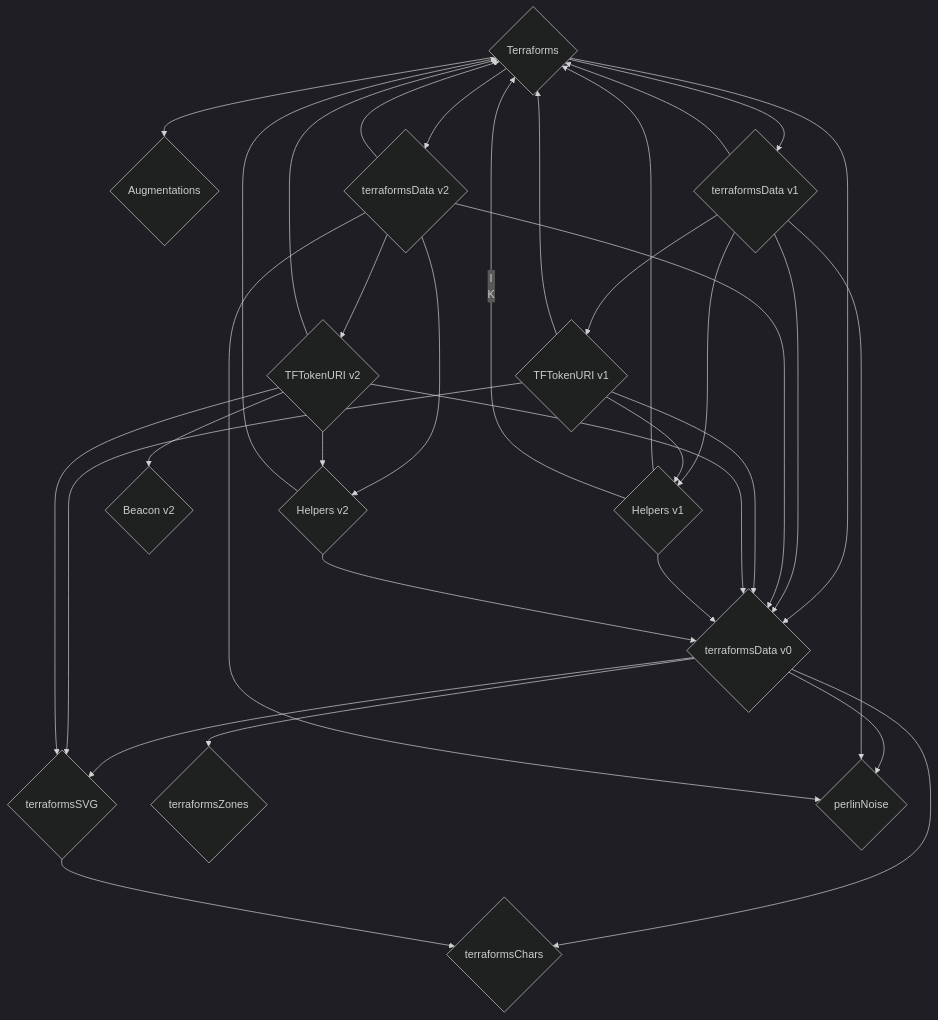
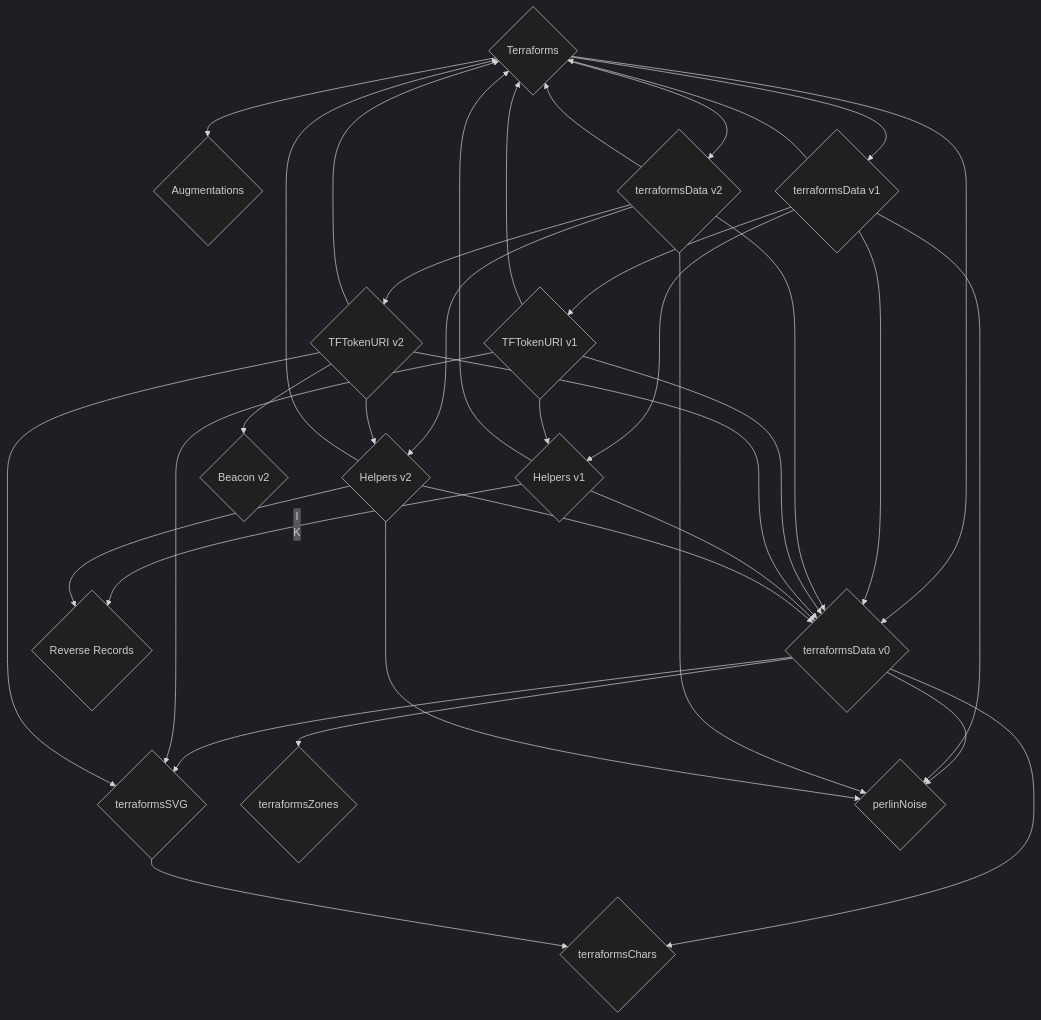
One commit to thebadcc/terraform-docs changed the first of 2 diagrams in contracts/Terraforms.md. Above: the diagram before and after it, drawn with Mermaid (dark theme).

````diff
--- a/contracts/Terraforms.md
+++ b/contracts/Terraforms.md
@@ -20,37 +20,39 @@
 ```mermaid
 graph TD
     A{Terraforms} --> B{Augmentations}
     A --> C{terraformsData v0}
     A --> D{terraformsData v1}
     A --> E{terraformsData v2}
     C --> F{terraformsSVG}
     C --> G{terraformsChars}
     C --> H{terraformsZones}
     C --> I{perlinNoise}
     D --> J{TFTokenURI v1}
     D --> K{Helpers v1}
     E --> L{TFTokenURI v2}
     E --> M{Helpers v2}
     F --> G
     L --> N{Beacon v2}
     D --> A
     D --> I
     D --> C
     E --> A
     E --> I
     E --> C
     J --> C
     J --> A
     J --> K
     J --> F
     L --> C
     L --> A
     L --> M
     L --> F
     K --> A
     K --> C
     K -- I
-    K --> A
+    K --> O{Reverse Records}
     M --> A
     M --> C
+    M --> I
+    M --> O
 ```
````
